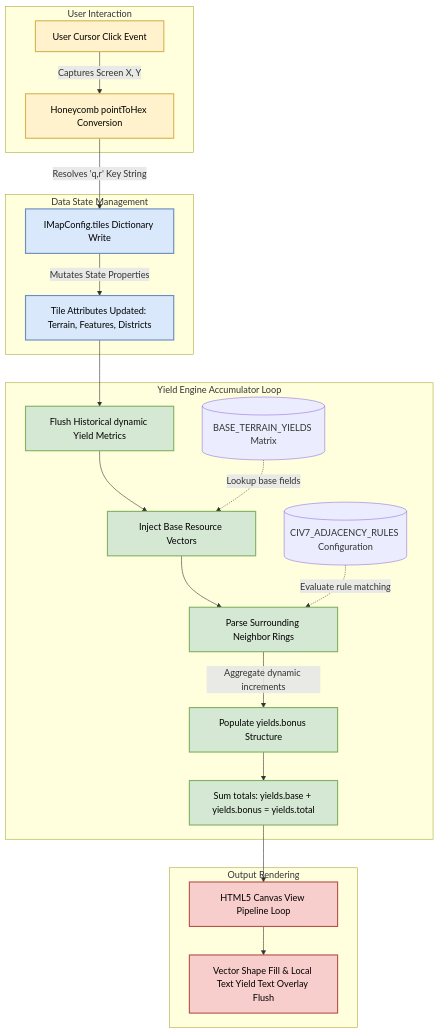
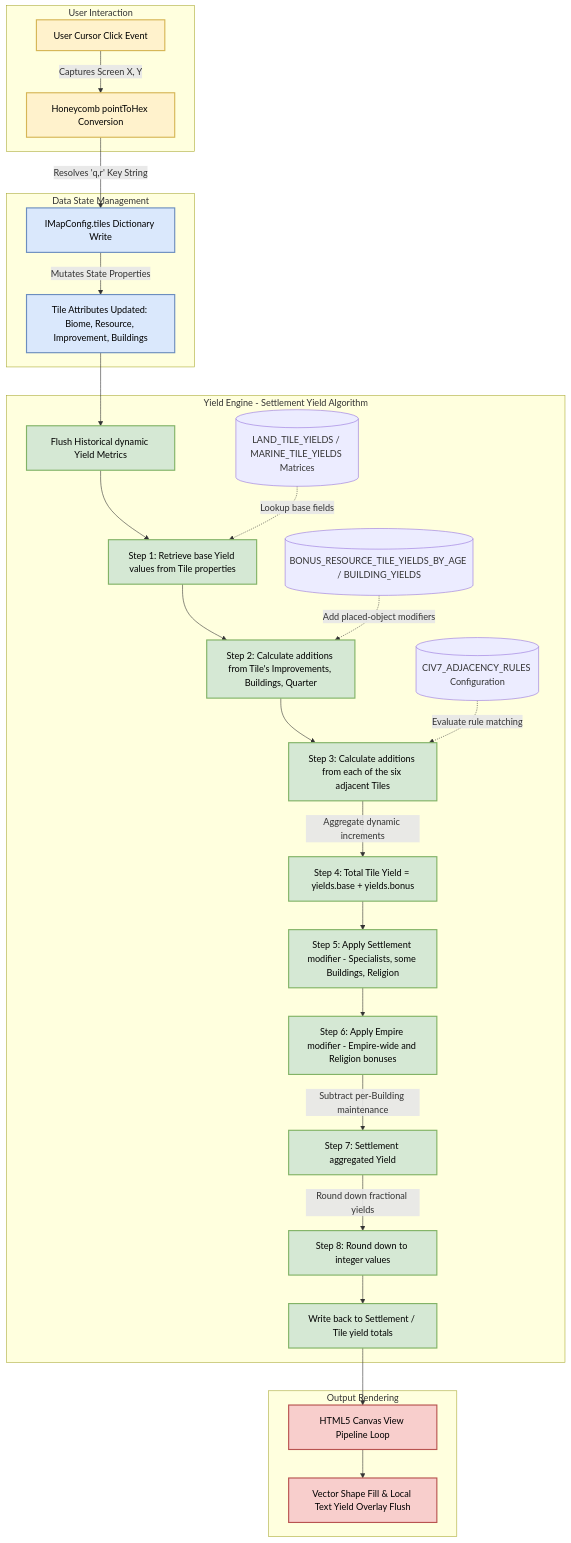
One commit to Schmoiger/civ7-planner changed the diagram in artefacts/architecture/data-model.md. Above: the diagram before and after it, drawn with Mermaid. The commit also changed other lines of this file and 1 other file, not shown here.

Commit message:
feat(docs): update resource data, data model

````diff
--- a/artefacts/architecture/data-model.md
+++ b/artefacts/architecture/data-model.md
@@ -205,42 +447,50 @@
 ```mermaid
 graph TD
     %% Define Styles and Themes
     classDef input fill:#fff2cc,stroke:#d6b656,stroke-width:2px,color:#000;
     classDef state fill:#dae8fc,stroke:#6c8ebf,stroke-width:2px,color:#000;
     classDef engine fill:#d5e8d4,stroke:#82b366,stroke-width:2px,color:#000;
     classDef output fill:#f8cecc,stroke:#b85450,stroke-width:2px,color:#000;
 
     %% Workflow Nodes
     subgraph UI_Layer [User Interaction]
         A[User Cursor Click Event] -->|Captures Screen X, Y| B[Honeycomb pointToHex Conversion]
     end
 
     subgraph State_Layer [Data State Management]
         B -->|Resolves 'q,r' Key String| C[IMapConfig.tiles Dictionary Write]
-        C -->|Mutates State Properties| D[Tile Attributes Updated: Terrain, Features, Districts]
+        C -->|Mutates State Properties| D[Tile Attributes Updated: Biome, Resource, Improvement, Buildings]
     end
 
-    subgraph Calculation_Layer [Yield Engine Accumulator Loop]
+    subgraph Calculation_Layer [Yield Engine - Settlement Yield Algorithm]
         D --> E[Flush Historical dynamic Yield Metrics]
-        
-        E --> F[Inject Base Resource Vectors]
-        F1[(BASE_TERRAIN_YIELDS Matrix)] -.->|Lookup base fields| F
-        
-        F --> G[Parse Surrounding Neighbor Rings]
-        G1[(CIV7_ADJACENCY_RULES Configuration)] -.->|Evaluate rule matching| G
-        
-        G -->|Aggregate dynamic increments| H[Populate yields.bonus Structure]
-        H --> I[Sum totals: yields.base + yields.bonus = yields.total]
+
+        E --> F[Step 1: Retrieve base Yield values from Tile properties]
+        F1[(LAND_TILE_YIELDS / MARINE_TILE_YIELDS Matrices)] -.->|Lookup base fields| F
+
+        F --> G[Step 2: Calculate additions from Tile's Improvements, Buildings, Quarter]
+        G1[(BONUS_RESOURCE_TILE_YIELDS_BY_AGE / BUILDING_YIELDS)] -.->|Add placed-object modifiers| G
+
+        G --> H[Step 3: Calculate additions from each of the six adjacent Tiles]
+        H1[(CIV7_ADJACENCY_RULES Configuration)] -.->|Evaluate rule matching| H
+
+        H -->|Aggregate dynamic increments| I[Step 4: Total Tile Yield = yields.base + yields.bonus]
+
+        I --> J[Step 5: Apply Settlement modifier - Specialists, some Buildings, Religion]
+        J --> K[Step 6: Apply Empire modifier - Empire-wide and Religion bonuses]
+        K -->|Subtract per-Building maintenance| L[Step 7: Settlement aggregated Yield]
+        L -->|Round down fractional yields| M[Step 8: Round down to integer values]
+        M --> N[Write back to Settlement / Tile yield totals]
     end
 
     subgraph Render_Layer [Output Rendering]
-        I --> J[HTML5 Canvas View Pipeline Loop]
-        J --> K[Vector Shape Fill & Local Text Yield Text Overlay Flush]
+        N --> O[HTML5 Canvas View Pipeline Loop]
+        O --> P[Vector Shape Fill & Local Text Yield Overlay Flush]
     end
 
     %% Apply Classes to Nodes
     class A,B input;
     class C,D state;
-    class E,F,G,H,I engine;
-    class J,K output;
+    class E,F,G,H,I,J,K,L,M,N engine;
+    class O,P output;
 ```
````
